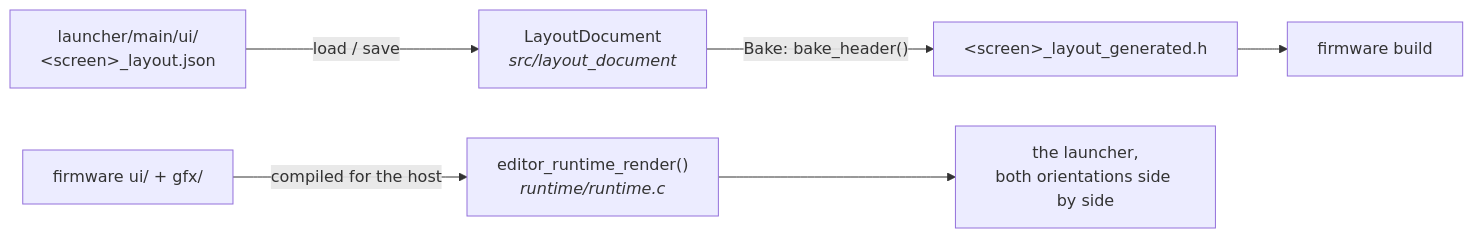
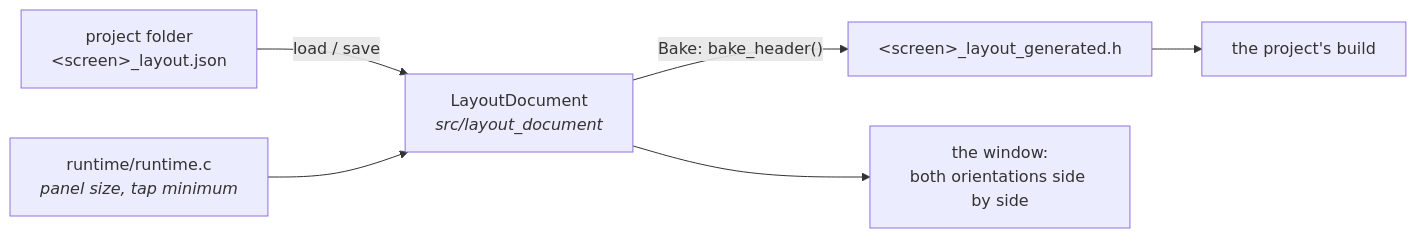
The diagram in editor/README.md (jose-villegas/autana), drawn with Mermaid before and after one commit. The commit also changed other lines of this file and 263 other files, not shown here.

````diff
--- a/editor/README.md
+++ b/editor/README.md
@@ -13,8 +14,8 @@
 ```mermaid
 flowchart LR
-    JSON["launcher/main/ui/<br/>&lt;screen&gt;_layout.json"] -->|load / save| DOC["LayoutDocument<br/><i>src/layout_document</i>"]
+    JSON["project folder<br/>&lt;screen&gt;_layout.json"] -->|load / save| DOC["LayoutDocument<br/><i>src/layout_document</i>"]
     DOC -->|"Bake: bake_header()"| HEADER["&lt;screen&gt;_layout_generated.h"]
-    HEADER --> FW["firmware build"]
-    SRC["firmware ui/ + gfx/"] -->|compiled for the host| RT["editor_runtime_render()<br/><i>runtime/runtime.c</i>"]
-    RT --> PREVIEW["the launcher,<br/>both orientations side by side"]
+    HEADER --> FW["the project's build"]
+    RT["runtime/runtime.c<br/><i>panel size, tap minimum</i>"] --> DOC
+    DOC --> CANVAS["the window:<br/>both orientations side by side"]
 ```
````
